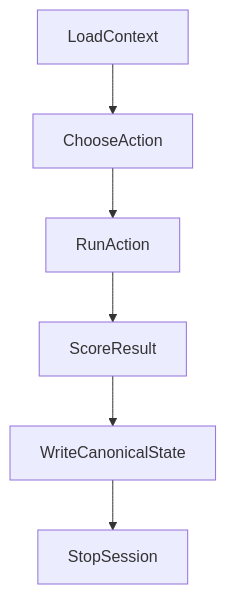
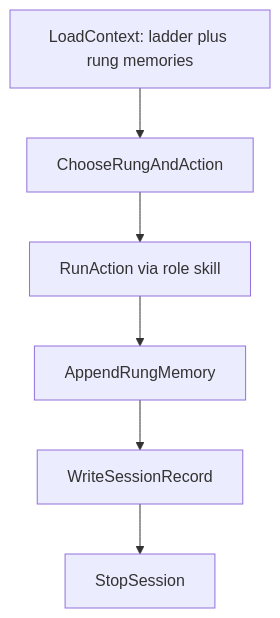
One commit to astrogirlnim/SATurday changed the diagram in .cursor/skills/saturday/SKILL.md. Above: the diagram before and after it, drawn with Mermaid. The commit also changed other lines of this file and 16 other files, not shown here.

Commit message:
reboot phase 3: five ladder skills replace old skill set, oracle agent rules removed

````diff
--- a/.cursor/skills/saturday/SKILL.md
+++ b/.cursor/skills/saturday/SKILL.md
@@ -25,15 +26,15 @@
 ```mermaid
 flowchart TD
-    loadContext["LoadContext"]
-    chooseAction["ChooseAction"]
-    runAction["RunAction"]
-    scoreResult["ScoreResult"]
-    writeState["WriteCanonicalState"]
+    loadContext["LoadContext: ladder plus rung memories"]
+    chooseAction["ChooseRungAndAction"]
+    runAction["RunAction via role skill"]
+    writeMemory["AppendRungMemory"]
+    writeState["WriteSessionRecord"]
     stopSession["StopSession"]
 
     loadContext --> chooseAction
     chooseAction --> runAction
-    runAction --> scoreResult
-    scoreResult --> writeState
+    runAction --> writeMemory
+    writeMemory --> writeState
     writeState --> stopSession
 ```
````
